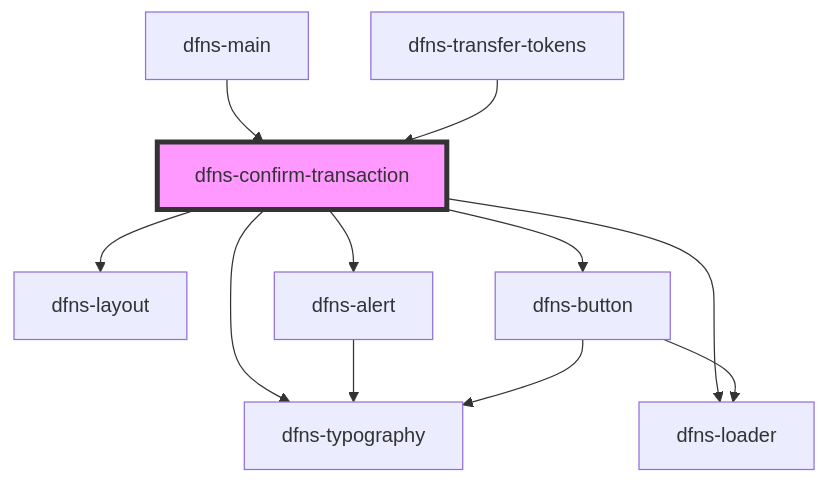
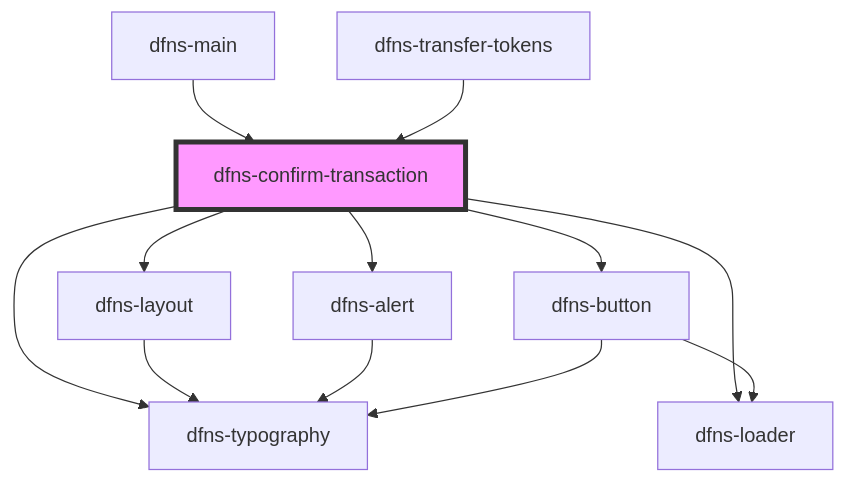
One commit to dfnsext/web-ui changed the diagram in src/components/Pages/dfns-confirm-transaction/readme.md. Above: the diagram before and after it, drawn with Mermaid. The commit also changed 25 other files, not shown here.

````diff
--- a/src/components/Pages/dfns-confirm-transaction/readme.md
+++ b/src/components/Pages/dfns-confirm-transaction/readme.md
@@ -47,14 +47,15 @@
 ```mermaid
 graph TD;
   dfns-confirm-transaction --> dfns-layout
   dfns-confirm-transaction --> dfns-typography
   dfns-confirm-transaction --> dfns-alert
   dfns-confirm-transaction --> dfns-loader
   dfns-confirm-transaction --> dfns-button
+  dfns-layout --> dfns-typography
   dfns-alert --> dfns-typography
   dfns-button --> dfns-typography
   dfns-button --> dfns-loader
   dfns-main --> dfns-confirm-transaction
   dfns-transfer-tokens --> dfns-confirm-transaction
   style dfns-confirm-transaction fill:#f9f,stroke:#333,stroke-width:4px
 ```
````
